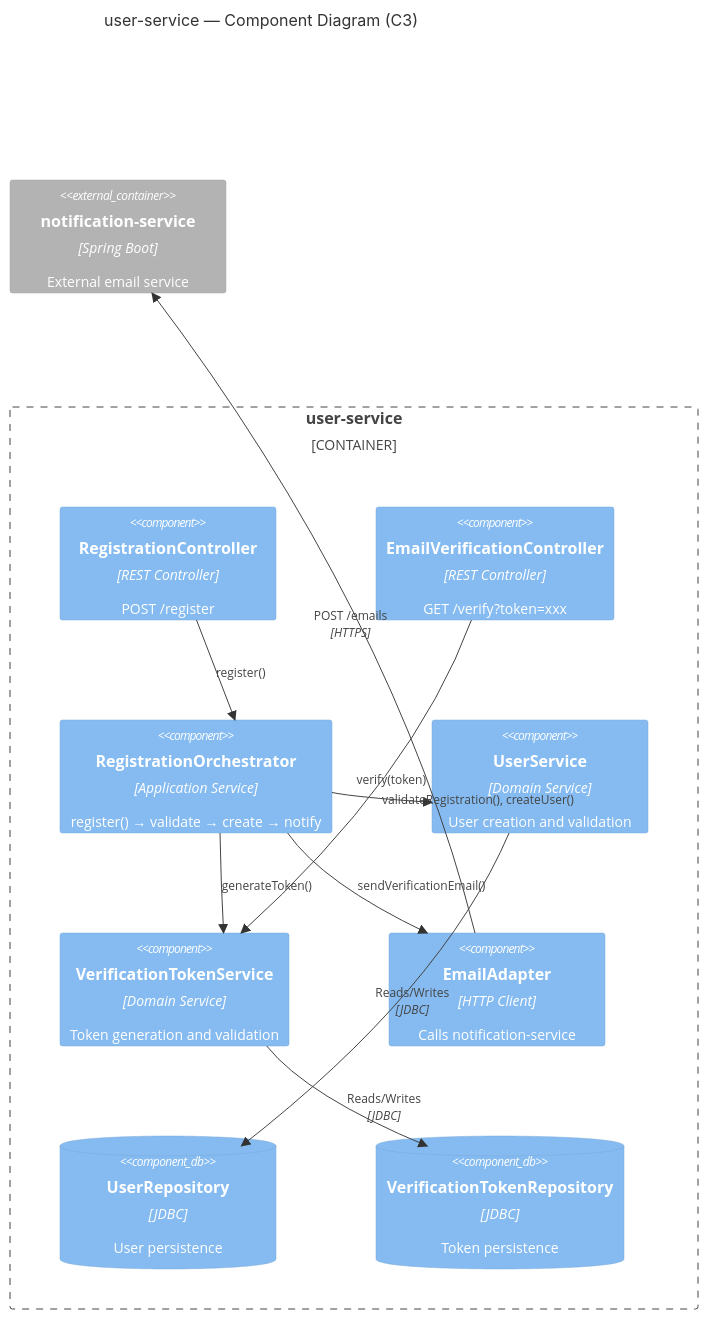
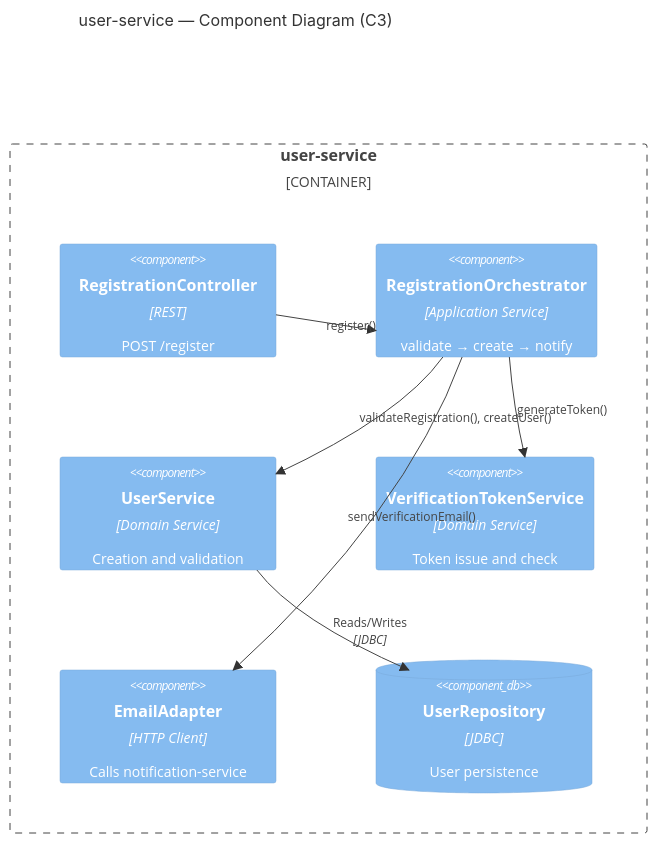
One commit to sjmyuan/gg-daily-workbench changed the first of 2 diagrams in skills/investigate-code/examples/markdown-report.md. Above: the diagram before and after it, drawn with Mermaid. The commit also changed other lines of this file and 11 other files, not shown here.

````diff
--- a/skills/investigate-code/examples/markdown-report.md
+++ b/skills/investigate-code/examples/markdown-report.md
@@ -61,27 +47,17 @@
 ```mermaid
 C4Component
     title user-service — Component Diagram (C3)
-
     Container_Boundary(user_service, "user-service") {
-        Component(reg_ctrl, "RegistrationController", "REST Controller", "POST /register")
-        Component(verify_ctrl, "EmailVerificationController", "REST Controller", "GET /verify?token=xxx")
-        Component(reg_orch, "RegistrationOrchestrator", "Application Service", "register() → validate → create → notify")
-        Component(user_svc, "UserService", "Domain Service", "User creation and validation")
-        Component(token_svc, "VerificationTokenService", "Domain Service", "Token generation and validation")
+        Component(reg_ctrl, "RegistrationController", "REST", "POST /register")
+        Component(reg_orch, "RegistrationOrchestrator", "Application Service", "validate → create → notify")
+        Component(user_svc, "UserService", "Domain Service", "Creation and validation")
+        Component(token_svc, "VerificationTokenService", "Domain Service", "Token issue and check")
         Component(email_adapter, "EmailAdapter", "HTTP Client", "Calls notification-service")
         ComponentDb(user_repo, "UserRepository", "JDBC", "User persistence")
-        ComponentDb(token_repo, "VerificationTokenRepository", "JDBC", "Token persistence")
-
-        Rel(reg_ctrl, reg_orch, "register()")
-        Rel(verify_ctrl, token_svc, "verify(token)")
-        Rel(reg_orch, user_svc, "validateRegistration(), createUser()")
-        Rel(reg_orch, token_svc, "generateToken()")
-        Rel(reg_orch, email_adapter, "sendVerificationEmail()")
-        Rel(user_svc, user_repo, "Reads/Writes", "JDBC")
-        Rel(token_svc, token_repo, "Reads/Writes", "JDBC")
     }
-
-    Container_Ext(notification_service, "notification-service", "Spring Boot", "External email service")
-
-    Rel(email_adapter, notification_service, "POST /emails", "HTTPS")
+    Rel(reg_ctrl, reg_orch, "register()")
+    Rel(reg_orch, user_svc, "validateRegistration(), createUser()")
+    Rel(reg_orch, token_svc, "generateToken()")
+    Rel(reg_orch, email_adapter, "sendVerificationEmail()")
+    Rel(user_svc, user_repo, "Reads/Writes", "JDBC")
 ```
````
